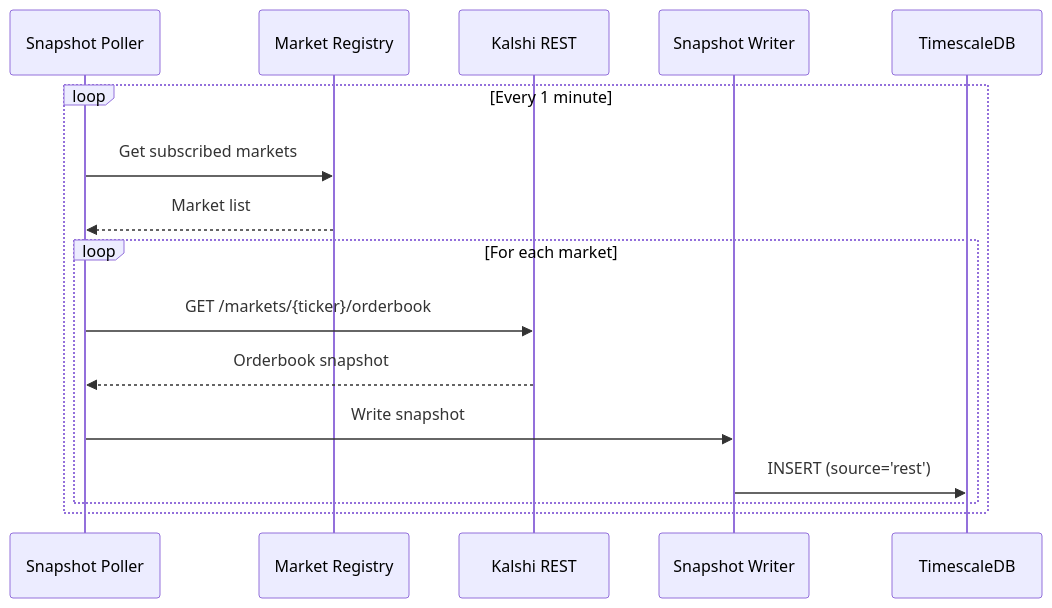
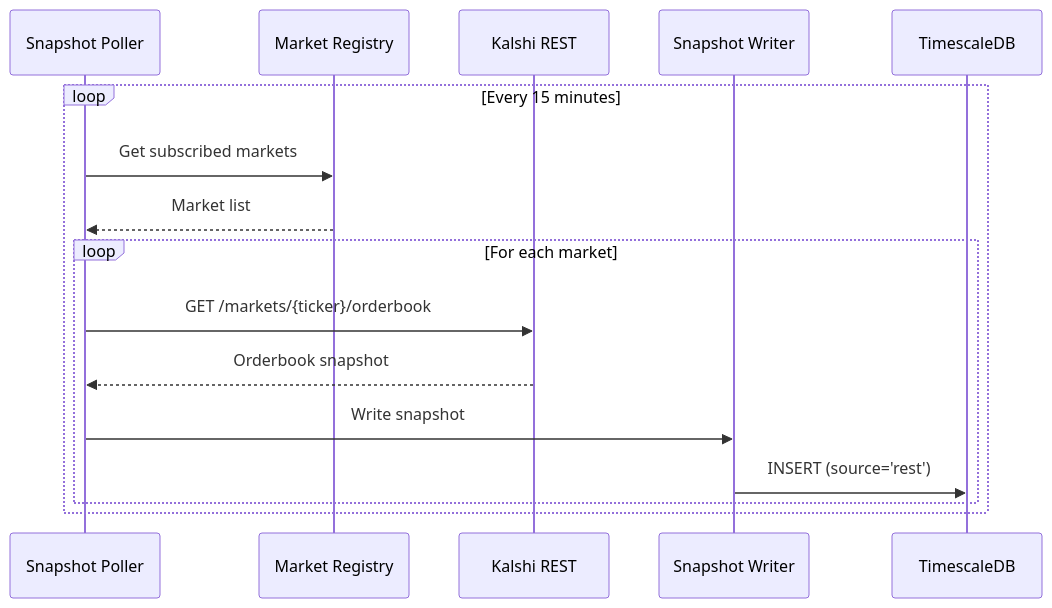
Before and after one commit to Projectsrxg/kalshi_v2: the seventh of 10 diagrams in docs/kalshi-data/architecture/data-flow.md, drawn with Mermaid. The commit also changed other lines of this file and 77 other files, not shown here.

````diff
--- a/docs/kalshi-data/architecture/data-flow.md
+++ b/docs/kalshi-data/architecture/data-flow.md
@@ -192,19 +192,19 @@
 ```mermaid
 sequenceDiagram
     participant SP as Snapshot Poller
     participant MR as Market Registry
     participant REST as Kalshi REST
     participant SW as Snapshot Writer
     participant TS as TimescaleDB
 
-    loop Every 1 minute
+    loop Every 15 minutes
         SP->>MR: Get subscribed markets
         MR-->>SP: Market list
         loop For each market
             SP->>REST: GET /markets/{ticker}/orderbook
             REST-->>SP: Orderbook snapshot
             SP->>SW: Write snapshot
             SW->>TS: INSERT (source='rest')
         end
     end
 ```
````
